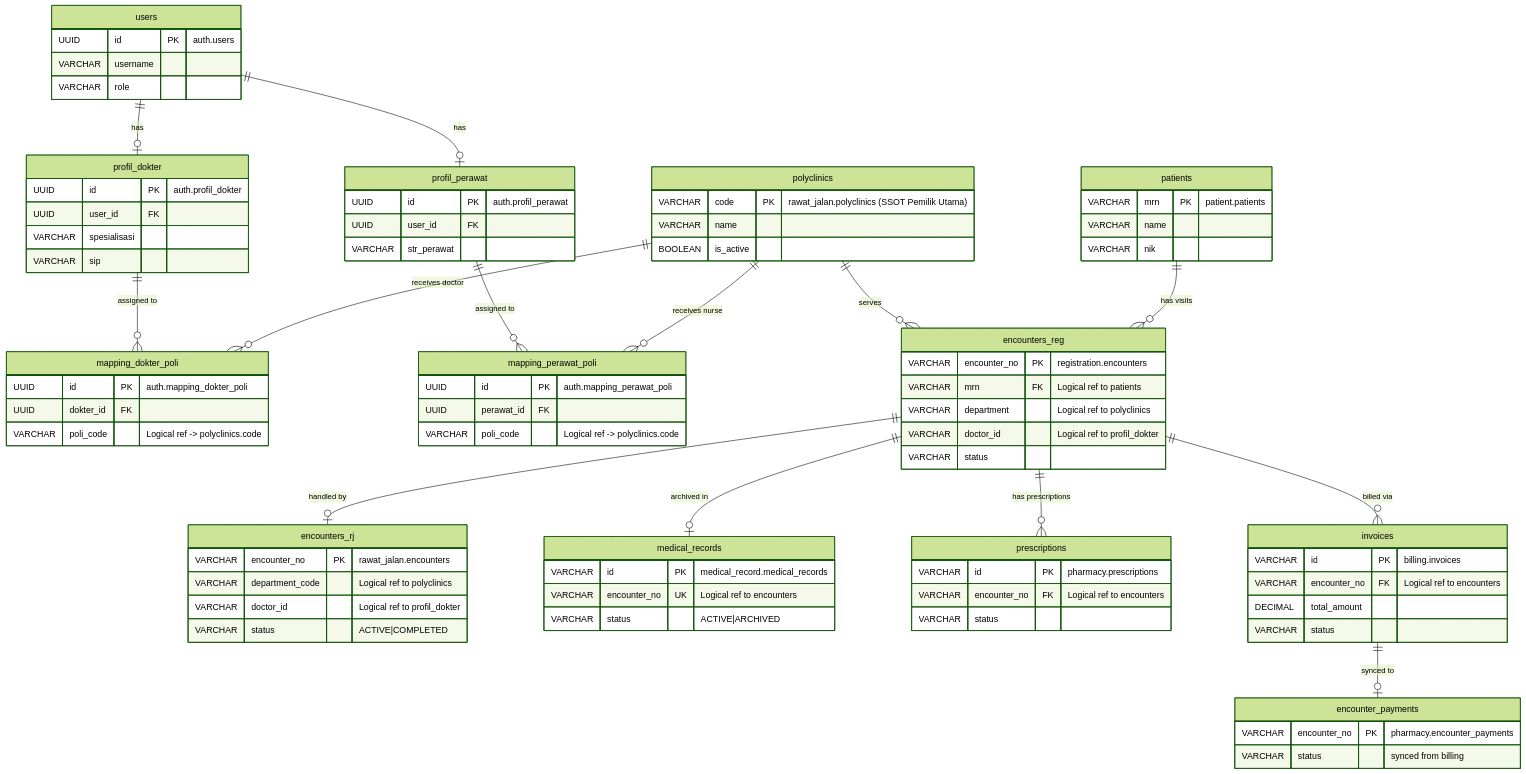
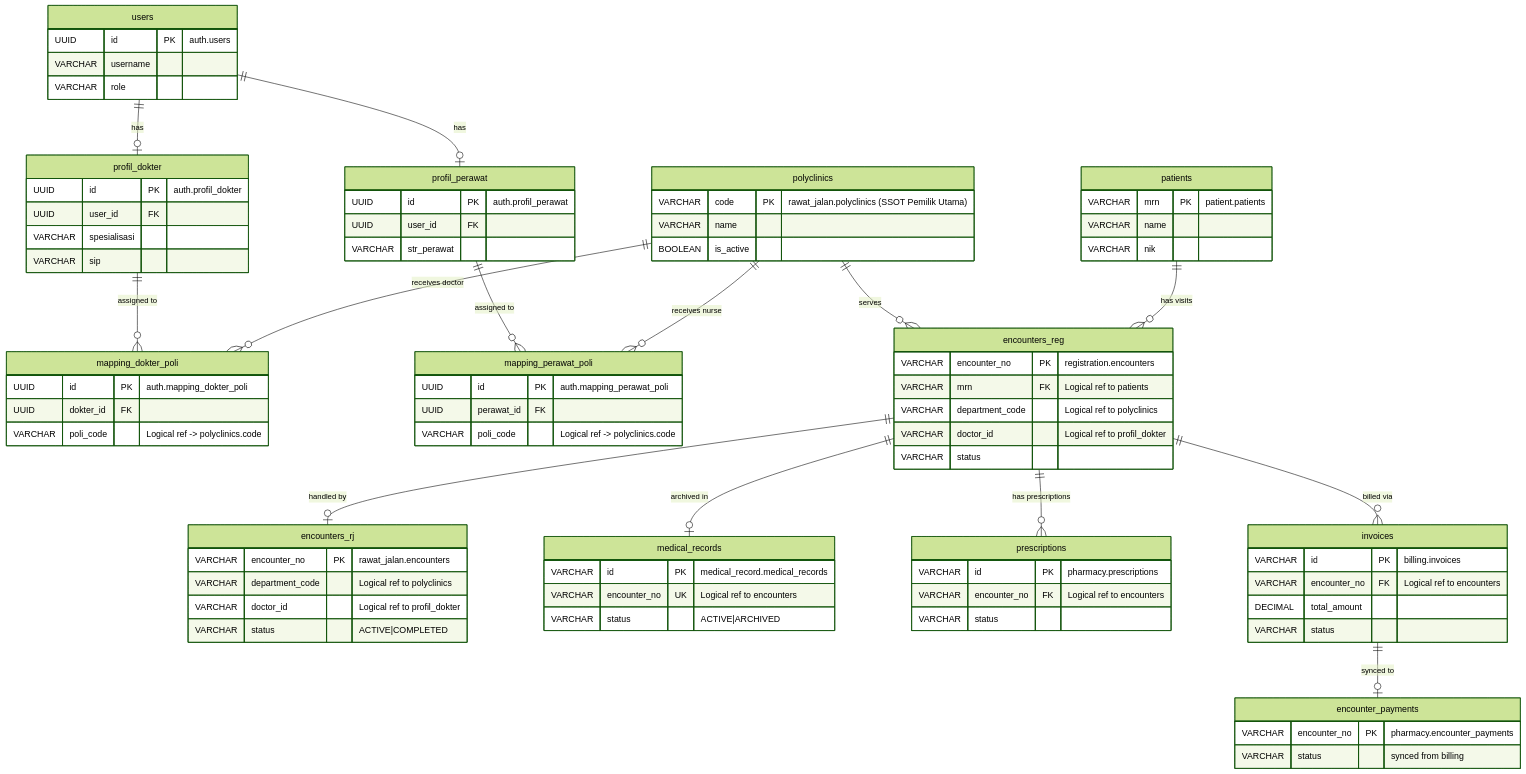
Before and after one commit to odealidj/go-micro-simrs-one: diagram 14 of 19 in docs/be/technical/technical_documentation.md, drawn with Mermaid (forest theme). The commit also changed other lines of this file and 13 other files, not shown here.

First line of the commit message:
feat: standardize department_code and department_name across database, services, and frontend

```diff
--- a/docs/be/technical/technical_documentation.md
+++ b/docs/be/technical/technical_documentation.md
@@ -1039,7 +1039,7 @@
     encounters_reg {
         VARCHAR encounter_no PK "registration.encounters"
         VARCHAR mrn FK "Logical ref to patients"
-        VARCHAR department "Logical ref to polyclinics"
+        VARCHAR department_code "Logical ref to polyclinics"
         VARCHAR doctor_id "Logical ref to profil_dokter"
         VARCHAR status
     }
```
